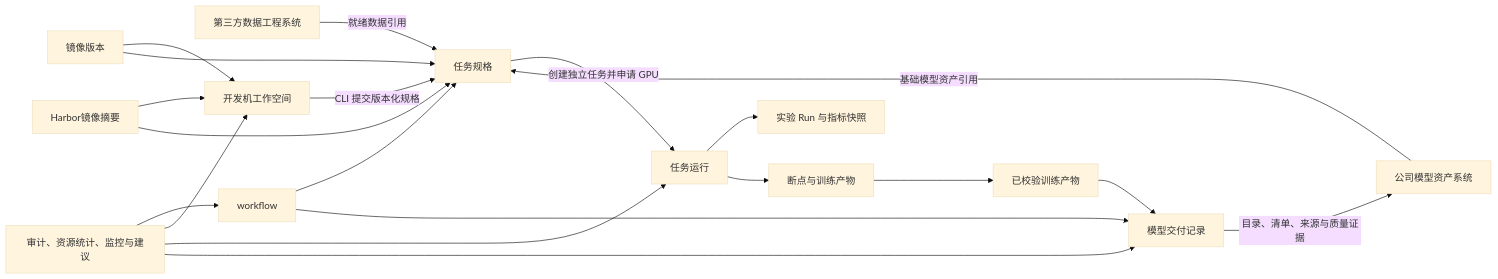
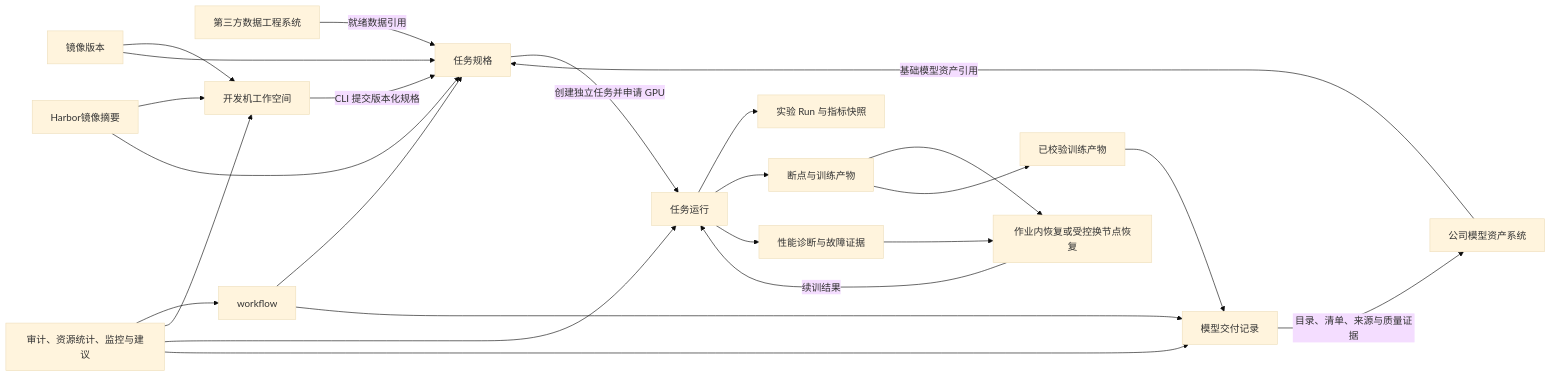
The third of 3 diagrams in docs/平台规划/0-大模型训练平台规划.md (gqcn/ltp), drawn with Mermaid (base theme) before and after one commit. The commit also changed other lines of this file and 2 other files, not shown here.

First line of the commit message:
Enhance documentation for checkpointing and fault recovery mechanisms

````diff
--- a/docs/平台规划/0-大模型训练平台规划.md
+++ b/docs/平台规划/0-大模型训练平台规划.md
@@ -83,22 +73,26 @@
 ```mermaid
 flowchart LR
     dataSystem["第三方数据工程系统"] -->|"就绪数据引用"| spec["任务规格"]
     asset["公司模型资产系统"] -->|"基础模型资产引用"| spec
     image["镜像版本"] --> workspace["开发机工作空间"]
     image --> spec
     remoteImage["Harbor镜像摘要"] --> workspace
     remoteImage --> spec
     workspace -->|"CLI 提交版本化规格"| spec
     spec -->|"创建独立任务并申请 GPU"| run["任务运行"]
     run --> experiment["实验 Run 与指标快照"]
     run --> ckpt["断点与训练产物"]
+    run --> diagnosis["性能诊断与故障证据"]
+    diagnosis --> recovery["作业内恢复或受控换节点恢复"]
+    ckpt --> recovery
+    recovery -->|"续训结果"| run
     ckpt --> artifact["已校验训练产物"]
     artifact --> delivery["模型交付记录"]
     delivery -->|"目录、清单、来源与质量证据"| asset
     workflow --> spec
     workflow --> delivery
     governance["审计、资源统计、监控与建议"] --> workflow
     governance --> workspace
     governance --> run
     governance --> delivery
 ```
````
